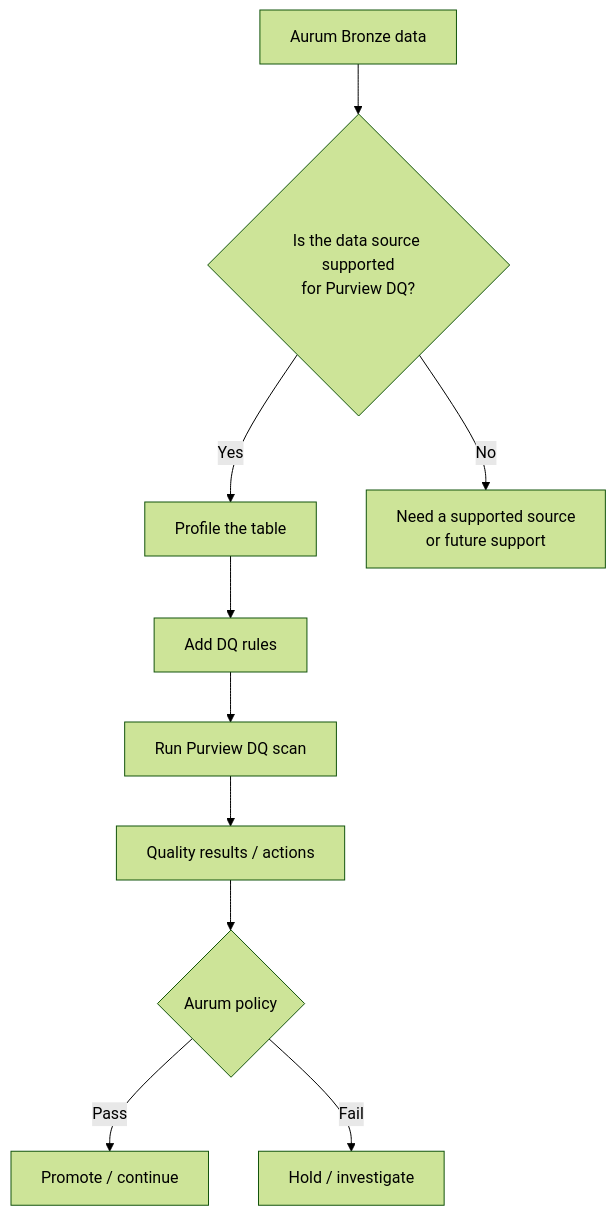
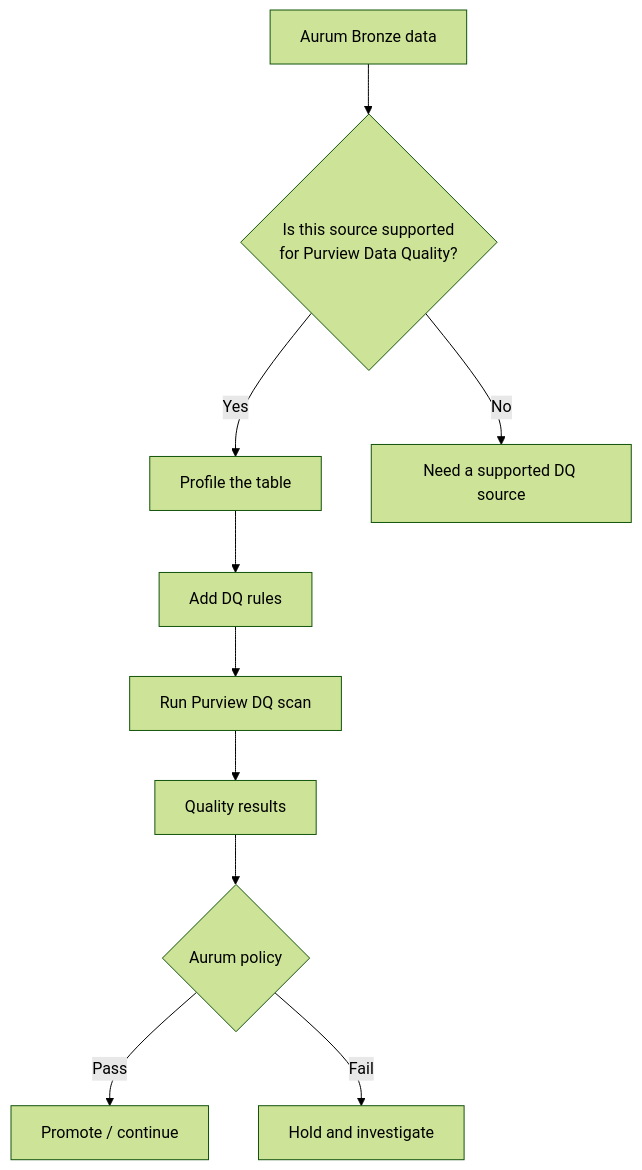
One commit to Prakharm927/aurum-data-quality-research changed the fourth of 5 diagrams in docs/group2-tools.md. Above: the diagram before and after it, drawn with Mermaid (forest theme). The commit also changed other lines of this file, not shown here.

Commit message:
Simplify Group 2 DQ guide with Aurum US Funds examples

````diff
--- a/docs/group2-tools.md
+++ b/docs/group2-tools.md
@@ -269,12 +283,12 @@
-~~~mermaid
+```mermaid
 flowchart TD
-  bronze["Aurum Bronze data"] --> supported{"Is the data source supported\nfor Purview DQ?"}
+  bronze["Aurum Bronze data"] --> supported{"Is this source supported<br/>for Purview Data Quality?"}
   supported -->|"Yes"| profile["Profile the table"]
   profile --> rules["Add DQ rules"]
   rules --> scan["Run Purview DQ scan"]
-  scan --> result["Quality results / actions"]
+  scan --> result["Quality results"]
   result --> policy{"Aurum policy"}
   policy -->|"Pass"| silver["Promote / continue"]
-  policy -->|"Fail"| hold["Hold / investigate"]
-  supported -->|"No"| gap["Need a supported source\nor future support"]
-~~~
+  policy -->|"Fail"| hold["Hold and investigate"]
+  supported -->|"No"| gap["Need a supported DQ source"]
+```
````
